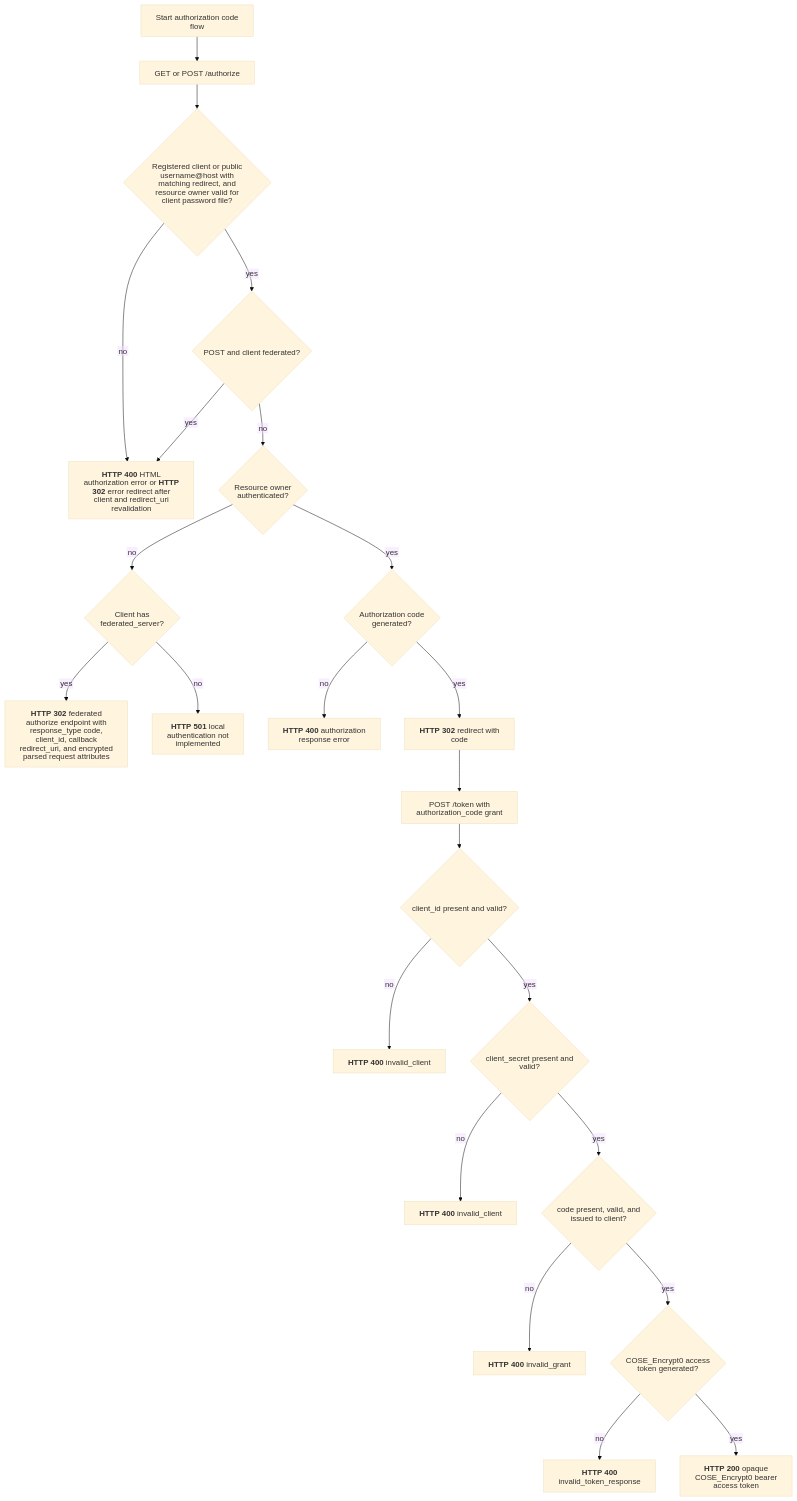
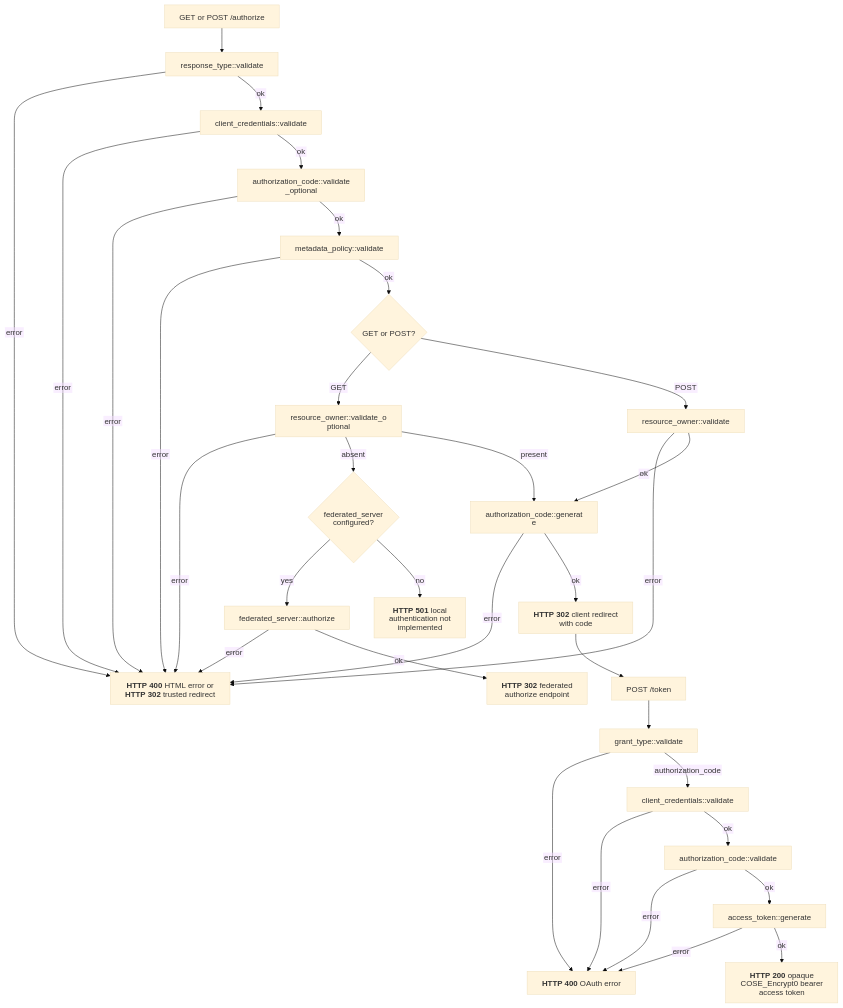
The diagram in docs/flows/oauth/authorization_code.mmd (malach-it/kagome), drawn with Mermaid (base theme) before and after one commit. The commit also changed 42 other files, not shown here.

Commit message:
docs: simplify flow graphs to resource actions

```diff
--- a/docs/flows/oauth/authorization_code.mmd
+++ b/docs/flows/oauth/authorization_code.mmd
@@ -1,24 +1,34 @@
 %%{init: {"htmlLabels": false, "flowchart": {"htmlLabels": false}}}%%
 flowchart TD
-    start[Start authorization code flow] --> authorize[GET or POST /authorize]
-    authorize --> authorize_valid{Registered client or public username@host with matching redirect, and resource owner valid for client password file?}
-    authorize_valid -- no --> authorize_error["`**HTTP 400** HTML authorization error or **HTTP 302** error redirect after client and redirect_uri revalidation`"]
-    authorize_valid -- yes --> federated_post{POST and client federated?}
-    federated_post -- yes --> authorize_error
-    federated_post -- no --> owner{Resource owner authenticated?}
-    owner -- no --> federation{Client has federated_server?}
-    federation -- yes --> federated_redirect["`**HTTP 302** federated authorize endpoint with response_type code, client_id, callback redirect_uri, and encrypted parsed request attributes`"]
+    start[GET or POST /authorize] --> response_type["response_type::validate"]
+    response_type -- error --> authorize_error["`**HTTP 400** HTML error or **HTTP 302** trusted redirect`"]
+    response_type -- ok --> client["client_credentials::validate"]
+    client -- error --> authorize_error
+    client -- ok --> previous["authorization_code::validate_optional"]
+    previous -- error --> authorize_error
+    previous -- ok --> policy["metadata_policy::validate"]
+    policy -- error --> authorize_error
+    policy -- ok --> method{GET or POST?}
+    method -- GET --> owner_optional["resource_owner::validate_optional"]
+    owner_optional -- error --> authorize_error
+    owner_optional -- absent --> federation{federated_server configured?}
+    federation -- yes --> federate["federated_server::authorize"]
+    federate -- error --> authorize_error
+    federate -- ok --> federated_redirect["`**HTTP 302** federated authorize endpoint`"]
     federation -- no --> not_implemented["`**HTTP 501** local authentication not implemented`"]
-    owner -- yes --> issue{Authorization code generated?}
-    issue -- no --> issue_error["`**HTTP 400** authorization response error`"]
-    issue -- yes --> redirect["`**HTTP 302** redirect with code`"]
-    redirect --> token[POST /token with authorization_code grant]
-    token --> client_id{client_id present and valid?}
-    client_id -- no --> client_error["`**HTTP 400** invalid_client`"]
-    client_id -- yes --> secret{client_secret present and valid?}
-    secret -- no --> secret_error["`**HTTP 400** invalid_client`"]
-    secret -- yes --> code{code present, valid, and issued to client?}
-    code -- no --> code_error["`**HTTP 400** invalid_grant`"]
-    code -- yes --> generate{COSE_Encrypt0 access token generated?}
-    generate -- no --> generation_error["`**HTTP 400** invalid_token_response`"]
-    generate -- yes --> success["`**HTTP 200** opaque COSE_Encrypt0 bearer access token`"]
+    owner_optional -- present --> issue
+    method -- POST --> owner["resource_owner::validate"]
+    owner -- error --> authorize_error
+    owner -- ok --> issue["authorization_code::generate"]
+    issue -- error --> authorize_error
+    issue -- ok --> redirect["`**HTTP 302** client redirect with code`"]
+    redirect --> token[POST /token]
+    token --> grant["grant_type::validate"]
+    grant -- error --> token_error["`**HTTP 400** OAuth error`"]
+    grant -- authorization_code --> token_client["client_credentials::validate"]
+    token_client -- error --> token_error
+    token_client -- ok --> code["authorization_code::validate"]
+    code -- error --> token_error
+    code -- ok --> access["access_token::generate"]
+    access -- error --> token_error
+    access -- ok --> success["`**HTTP 200** opaque COSE_Encrypt0 bearer access token`"]
```
